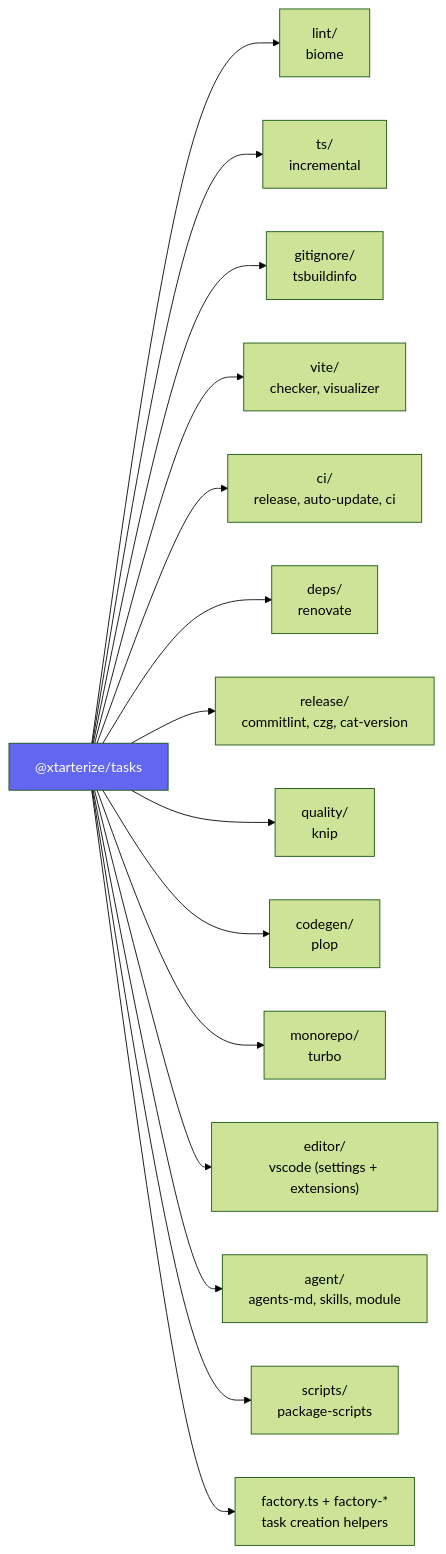
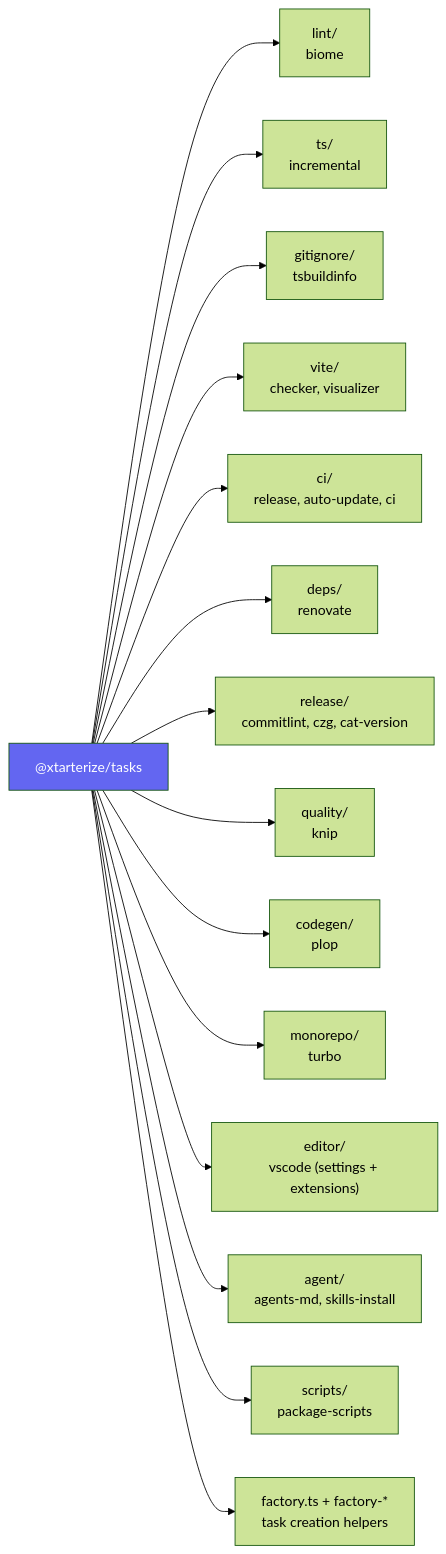
One commit to agustinusnathaniel/xtarter changed the fourth of 4 diagrams in apps/docs/src/content/docs/xtarterize/contributing/architecture/overview.mdx. Above: the diagram before and after it, drawn with Mermaid (forest theme). The commit also changed 13 other files, not shown here.

First line of the commit message:
refactor(tasks): drop editorconfig, nvmrc, agent/skills; simplify agents-md; make plop framework-aware

````diff
--- a/apps/docs/src/content/docs/xtarterize/contributing/architecture/overview.mdx
+++ b/apps/docs/src/content/docs/xtarterize/contributing/architecture/overview.mdx
@@ -103,19 +103,19 @@
 ```mermaid
 flowchart LR
     Tasks["@xtarterize/tasks"] --> Lint["lint/<br/>biome"]
     Tasks --> TS["ts/<br/>incremental"]
     Tasks --> Gitignore["gitignore/<br/>tsbuildinfo"]
     Tasks --> Vite["vite/<br/>checker, visualizer"]
     Tasks --> CI["ci/<br/>release, auto-update, ci"]
     Tasks --> Deps["deps/<br/>renovate"]
     Tasks --> Release["release/<br/>commitlint, czg, cat-version"]
     Tasks --> Quality["quality/<br/>knip"]
     Tasks --> Codegen["codegen/<br/>plop"]
     Tasks --> Monorepo["monorepo/<br/>turbo"]
     Tasks --> Editor["editor/<br/>vscode (settings + extensions)"]
-    Tasks --> Agent["agent/<br/>agents-md, skills, module"]
+    Tasks --> Agent["agent/<br/>agents-md, skills-install"]
     Tasks --> Scripts["scripts/<br/>package-scripts"]
     Tasks --> Factory["factory.ts + factory-*<br/>task creation helpers"]
     
     style Tasks fill:#6366f1,color:#fff
 ```
````
